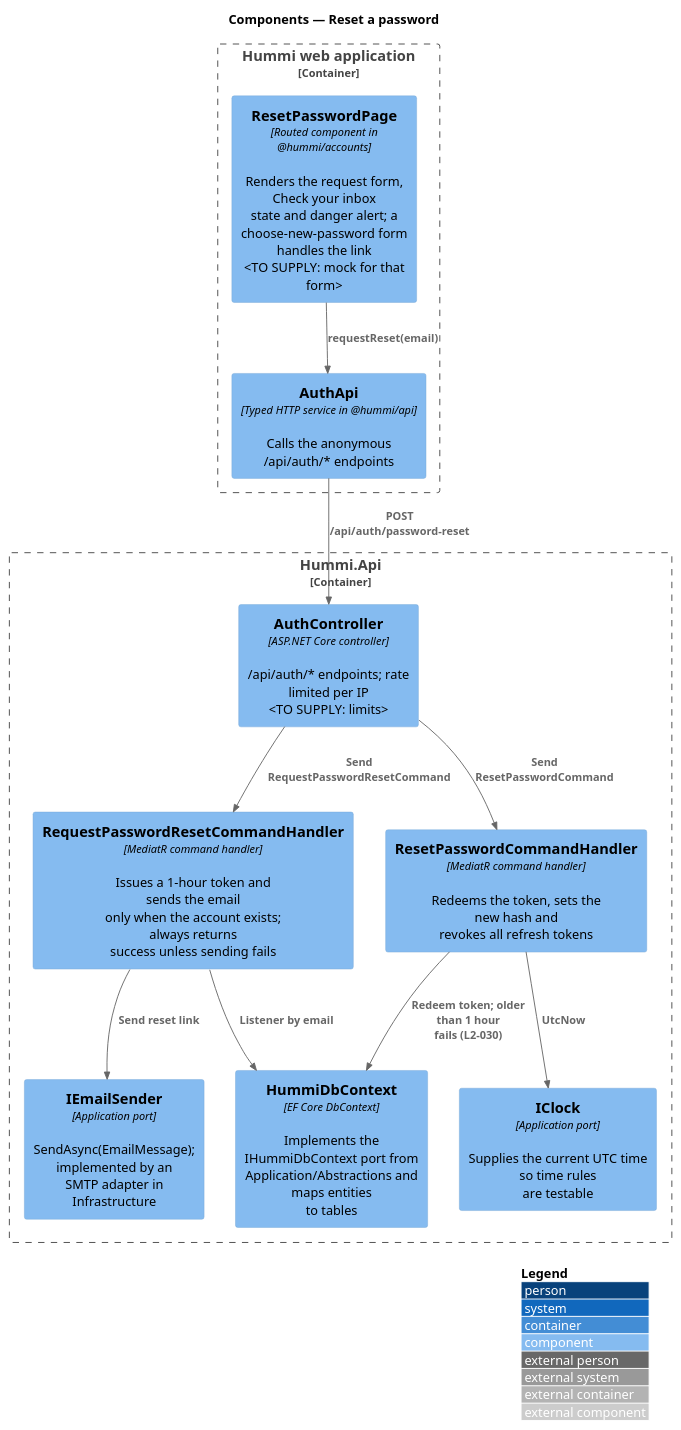
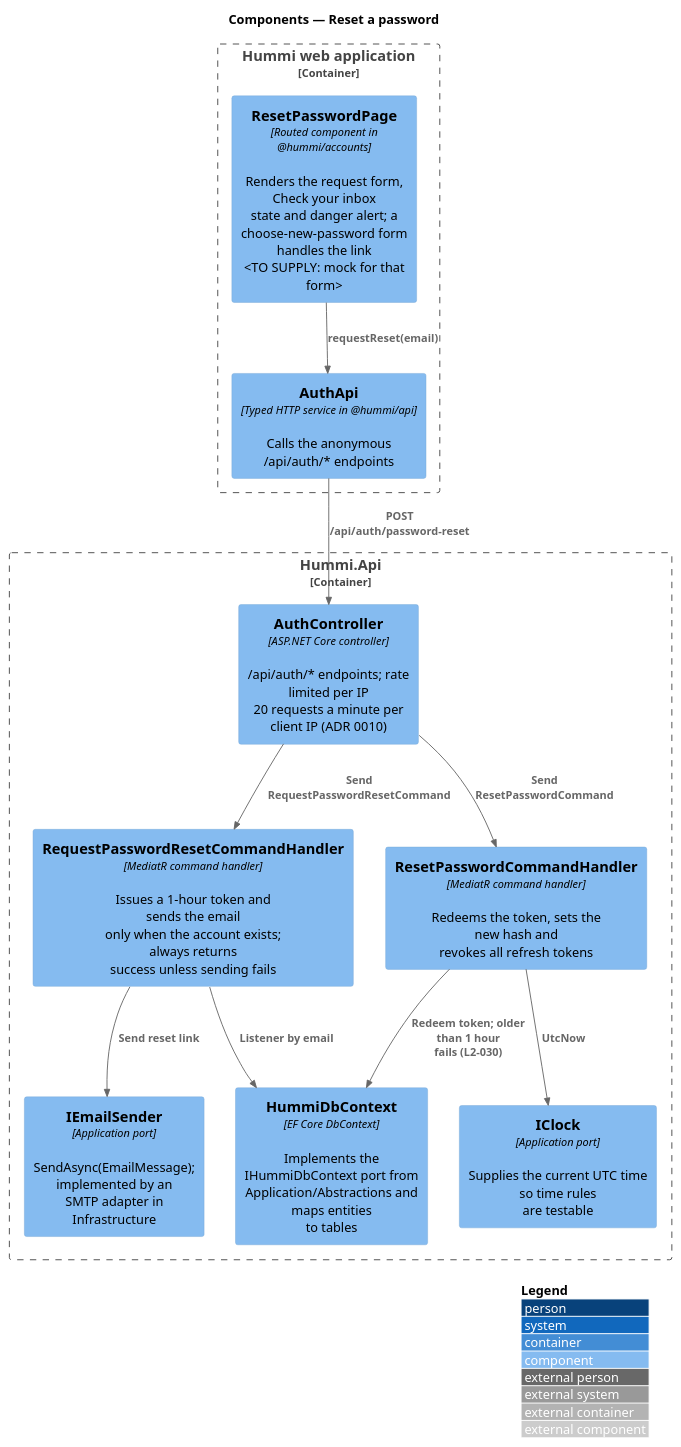
The diagram in docs/detailed-designs/accounts/reset-password/diagrams/c4-component.puml (QuinntyneBrown/hummi), drawn with PlantUML before and after one commit. The commit also changed 206 other files, not shown here.

```diff
--- a/docs/detailed-designs/accounts/reset-password/diagrams/c4-component.puml
+++ b/docs/detailed-designs/accounts/reset-password/diagrams/c4-component.puml
@@ -1,26 +1,26 @@
 @startuml
 !include <C4/C4_Component>
 LAYOUT_WITH_LEGEND()
 title Components — Reset a password
 
 Container_Boundary(spa, "Hummi web application") {
   Component(page, "ResetPasswordPage", "Routed component in @hummi/accounts", "Renders the request form, Check your inbox\nstate and danger alert; a\nchoose-new-password form handles the link\n<TO SUPPLY: mock for that form>")
   Component(client, "AuthApi", "Typed HTTP service in @hummi/api", "Calls the anonymous /api/auth/* endpoints")
 }
 Container_Boundary(api, "Hummi.Api") {
-  Component(ctl, "AuthController", "ASP.NET Core controller", "/api/auth/* endpoints; rate limited per IP\n<TO SUPPLY: limits>")
+  Component(ctl, "AuthController", "ASP.NET Core controller", "/api/auth/* endpoints; rate limited per IP\n20 requests a minute per client IP (ADR 0010)")
   Component(cmd, "RequestPasswordResetCommandHandler", "MediatR command handler", "Issues a 1-hour token and sends the email\nonly when the account exists; always returns\nsuccess unless sending fails")
   Component(redeem, "ResetPasswordCommandHandler", "MediatR command handler", "Redeems the token, sets the new hash and\nrevokes all refresh tokens")
   Component(mail, "IEmailSender", "Application port", "SendAsync(EmailMessage); implemented by an\nSMTP adapter in Infrastructure")
   Component(clock, "IClock", "Application port", "Supplies the current UTC time so time rules\nare testable")
   Component(ctx, "HummiDbContext", "EF Core DbContext", "Implements the IHummiDbContext port from\nApplication/Abstractions and maps entities\nto tables")
 }
 Rel(page, client, "requestReset(email)")
 Rel(client, ctl, "POST /api/auth/password-reset")
 Rel(ctl, cmd, "Send RequestPasswordResetCommand")
 Rel(cmd, ctx, "Listener by email")
 Rel(cmd, mail, "Send reset link")
 Rel(ctl, redeem, "Send ResetPasswordCommand")
 Rel(redeem, clock, "UtcNow")
 Rel(redeem, ctx, "Redeem token; older than 1 hour\nfails (L2-030)")
 @enduml
```
